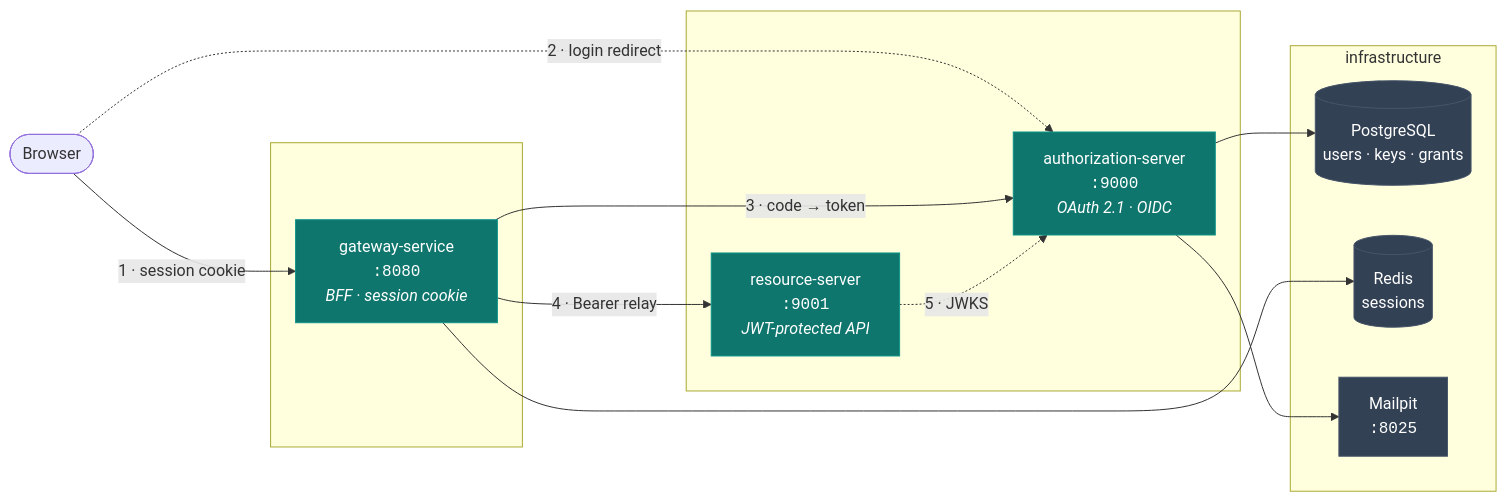
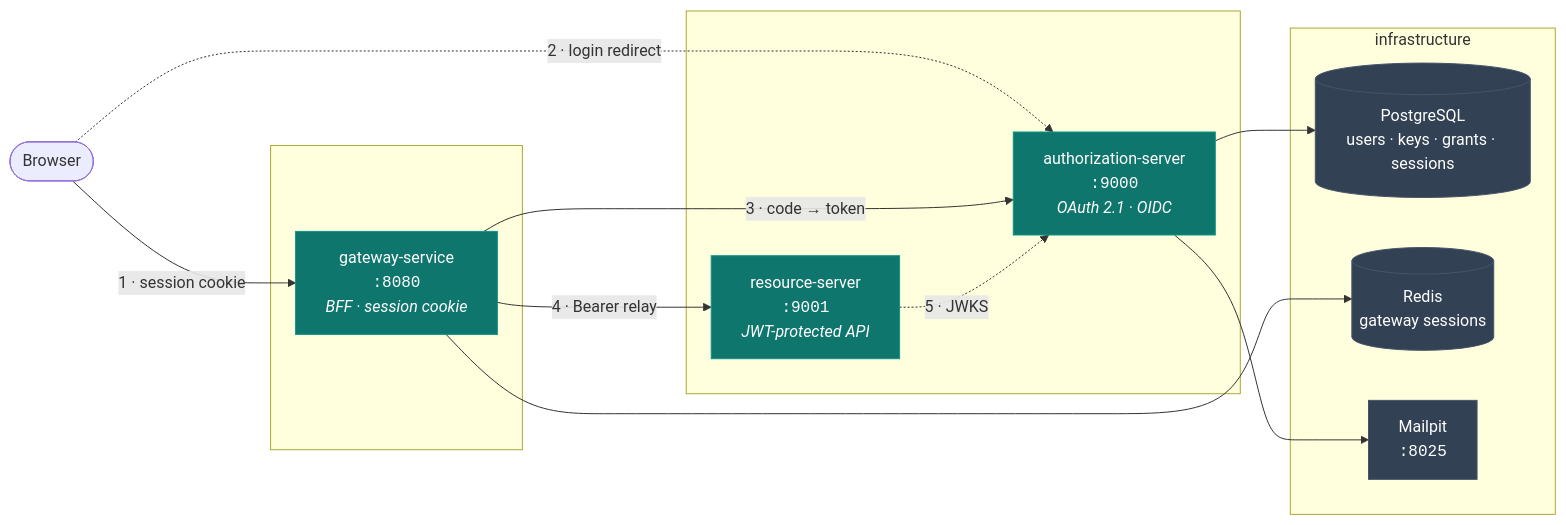
One commit to YaroslavYarmoshyk/authorization-system changed the first of 2 diagrams in README.md. Above: the diagram before and after it, drawn with Mermaid. The commit also changed other lines of this file and 12 other files, not shown here.

````diff
--- a/README.md
+++ b/README.md
@@ -78,33 +83,33 @@
 ```mermaid
 flowchart LR
     B([Browser])
 
     subgraph edge[" "]
         GW["gateway-service<br/><code>:8080</code><br/><i>BFF · session cookie</i>"]
     end
 
     subgraph core[" "]
         AS["authorization-server<br/><code>:9000</code><br/><i>OAuth 2.1 · OIDC</i>"]
         RS["resource-server<br/><code>:9001</code><br/><i>JWT-protected API</i>"]
     end
 
     subgraph infra["infrastructure"]
-        PG[("PostgreSQL<br/>users · keys · grants")]
-        RD[("Redis<br/>sessions")]
+        PG[("PostgreSQL<br/>users · keys · grants · sessions")]
+        RD[("Redis<br/>gateway sessions")]
         MP["Mailpit<br/><code>:8025</code>"]
     end
 
     B -->|"1 · session cookie"| GW
     B -.->|"2 · login redirect"| AS
     GW -->|"3 · code → token"| AS
     GW -->|"4 · Bearer relay"| RS
     RS -.->|"5 · JWKS"| AS
     AS --> PG
     AS --> MP
     GW --> RD
 
     classDef app fill:#0f766e,stroke:#0d9488,color:#fff
     classDef store fill:#334155,stroke:#475569,color:#fff
     class GW,AS,RS app
     class PG,RD,MP store
 ```
````
